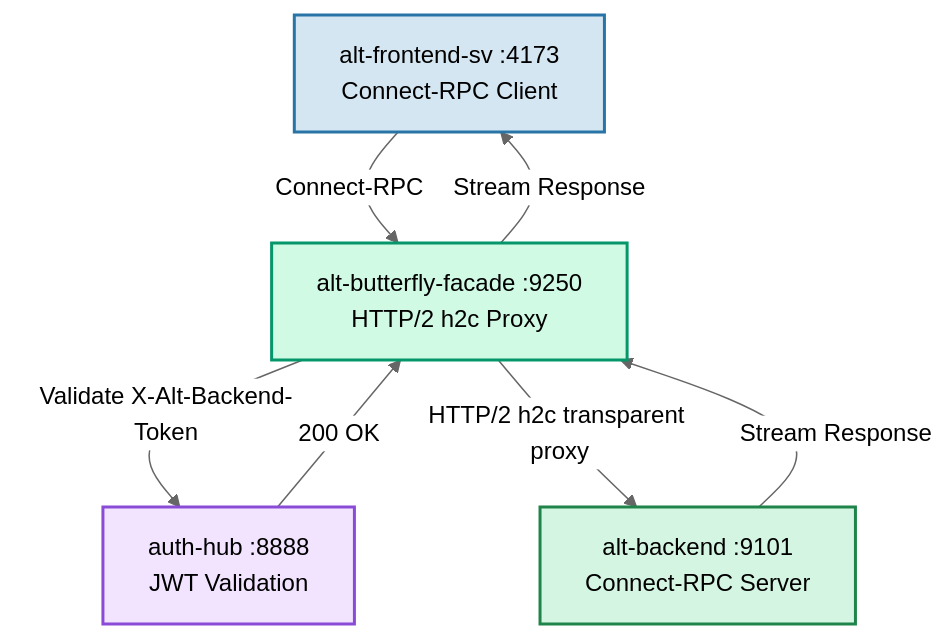
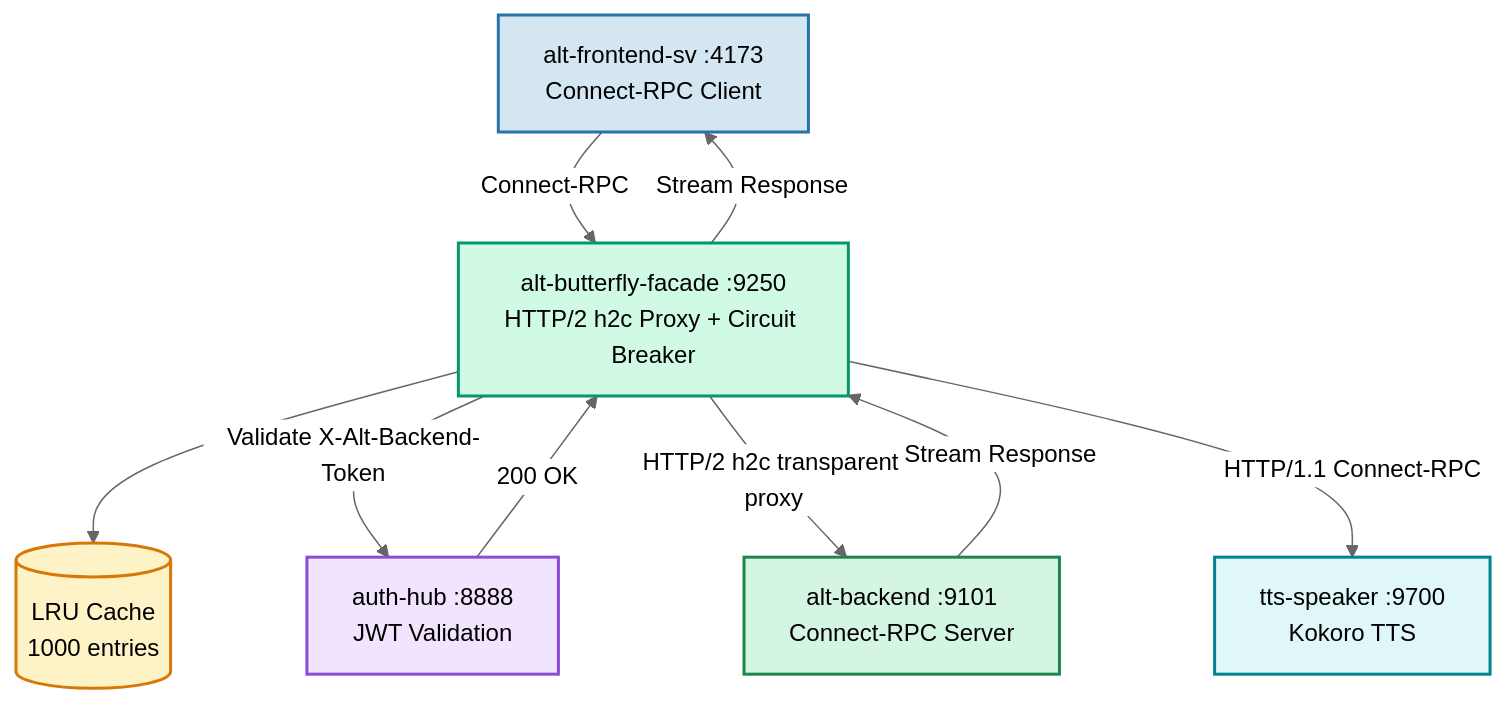
Before and after one commit to Kaikei-e/Alt: the ninth of 12 diagrams in README.md, drawn with Mermaid (neutral theme). The commit also changed other lines of this file, not shown here.

First line of the commit message:
docs(architecture): update README with new service components and flow adjustments

````diff
--- a/README.md
+++ b/README.md
@@ -625,19 +666,25 @@
 ```mermaid
 flowchart TD
     classDef fe fill:#d4e6f1,stroke:#2874a6,stroke-width:2px
     classDef bff fill:#d1fae5,stroke:#059669,stroke-width:2px
     classDef auth fill:#f2e4ff,stroke:#8a4bd7,stroke-width:2px
     classDef be fill:#d5f5e3,stroke:#1e8449,stroke-width:2px
+    classDef tts fill:#e0f7fa,stroke:#00838f,stroke-width:2px
+    classDef cache fill:#fef3c7,stroke:#d97706,stroke-width:2px
 
     SvelteKit[alt-frontend-sv :4173<br/>Connect-RPC Client]:::fe
-    BFF[alt-butterfly-facade :9250<br/>HTTP/2 h2c Proxy]:::bff
+    BFF[alt-butterfly-facade :9250<br/>HTTP/2 h2c Proxy + Circuit Breaker]:::bff
+    LRU[(LRU Cache<br/>1000 entries)]:::cache
     AuthHub[auth-hub :8888<br/>JWT Validation]:::auth
     Backend[alt-backend :9101<br/>Connect-RPC Server]:::be
+    TTS[tts-speaker :9700<br/>Kokoro TTS]:::tts
 
     SvelteKit -->|Connect-RPC| BFF
+    BFF --> LRU
     BFF -->|Validate X-Alt-Backend-Token| AuthHub
     AuthHub -->|200 OK| BFF
     BFF -->|HTTP/2 h2c transparent proxy| Backend
+    BFF -->|HTTP/1.1 Connect-RPC| TTS
     Backend -->|Stream Response| BFF
     BFF -->|Stream Response| SvelteKit
 ```
````
